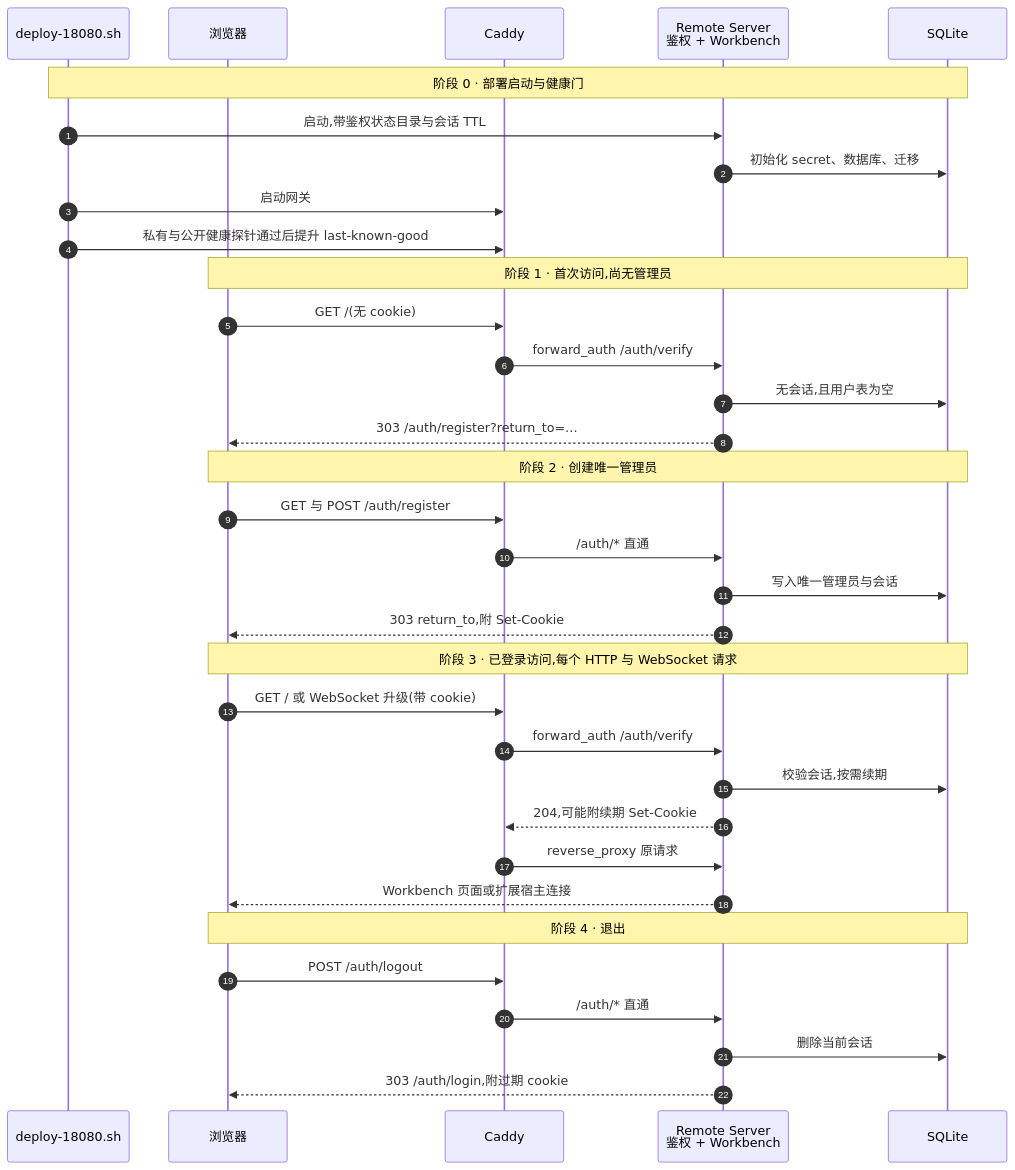
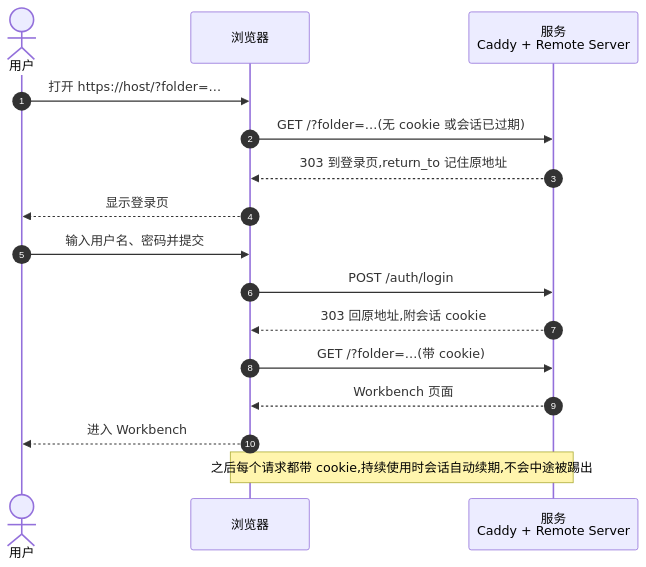
Before and after one commit to ActivePeter/vibe-vscode: the third of 9 diagrams in vibe_vscode_doc/design/login_authentication.md, drawn with Mermaid. The commit also changed other lines of this file, not shown here.

First line of the commit message:
docs: organize the authentication sequence by user-facing and internal flows

````diff
--- a/vibe_vscode_doc/design/login_authentication.md
+++ b/vibe_vscode_doc/design/login_authentication.md
@@ -86,41 +115,19 @@
 ```mermaid
 sequenceDiagram
     autonumber
-    participant Deploy as deploy-18080.sh
+    actor User as 用户
     participant Browser as 浏览器
-    participant Caddy as Caddy
-    participant Remote as Remote Server<br/>鉴权 + Workbench
-    participant DB as SQLite
+    participant Service as 服务<br/>Caddy + Remote Server
 
-    Note over Deploy,DB: 阶段 0 · 部署启动与健康门
-    Deploy->>Remote: 启动,带鉴权状态目录与会话 TTL
-    Remote->>DB: 初始化 secret、数据库、迁移
-    Deploy->>Caddy: 启动网关
-    Deploy->>Caddy: 私有与公开健康探针通过后提升 last-known-good
-
-    Note over Browser,DB: 阶段 1 · 首次访问,尚无管理员
-    Browser->>Caddy: GET /(无 cookie)
-    Caddy->>Remote: forward_auth /auth/verify
-    Remote->>DB: 无会话,且用户表为空
-    Remote-->>Browser: 303 /auth/register?return_to=…
-
-    Note over Browser,DB: 阶段 2 · 创建唯一管理员
-    Browser->>Caddy: GET 与 POST /auth/register
-    Caddy->>Remote: /auth/* 直通
-    Remote->>DB: 写入唯一管理员与会话
-    Remote-->>Browser: 303 return_to,附 Set-Cookie
-
-    Note over Browser,DB: 阶段 3 · 已登录访问,每个 HTTP 与 WebSocket 请求
-    Browser->>Caddy: GET / 或 WebSocket 升级(带 cookie)
-    Caddy->>Remote: forward_auth /auth/verify
-    Remote->>DB: 校验会话,按需续期
-    Remote-->>Caddy: 204,可能附续期 Set-Cookie
-    Caddy->>Remote: reverse_proxy 原请求
-    Remote-->>Browser: Workbench 页面或扩展宿主连接
-
-    Note over Browser,DB: 阶段 4 · 退出
-    Browser->>Caddy: POST /auth/logout
-    Caddy->>Remote: /auth/* 直通
-    Remote->>DB: 删除当前会话
-    Remote-->>Browser: 303 /auth/login,附过期 cookie
+    User->>Browser: 打开 https://host/?folder=…
+    Browser->>Service: GET /?folder=…(无 cookie 或会话已过期)
+    Service-->>Browser: 303 到登录页,return_to 记住原地址
+    Browser-->>User: 显示登录页
+    User->>Browser: 输入用户名、密码并提交
+    Browser->>Service: POST /auth/login
+    Service-->>Browser: 303 回原地址,附会话 cookie
+    Browser->>Service: GET /?folder=…(带 cookie)
+    Service-->>Browser: Workbench 页面
+    Browser-->>User: 进入 Workbench
+    Note over Browser,Service: 之后每个请求都带 cookie,持续使用时会话自动续期,不会中途被踢出
 ```
````
